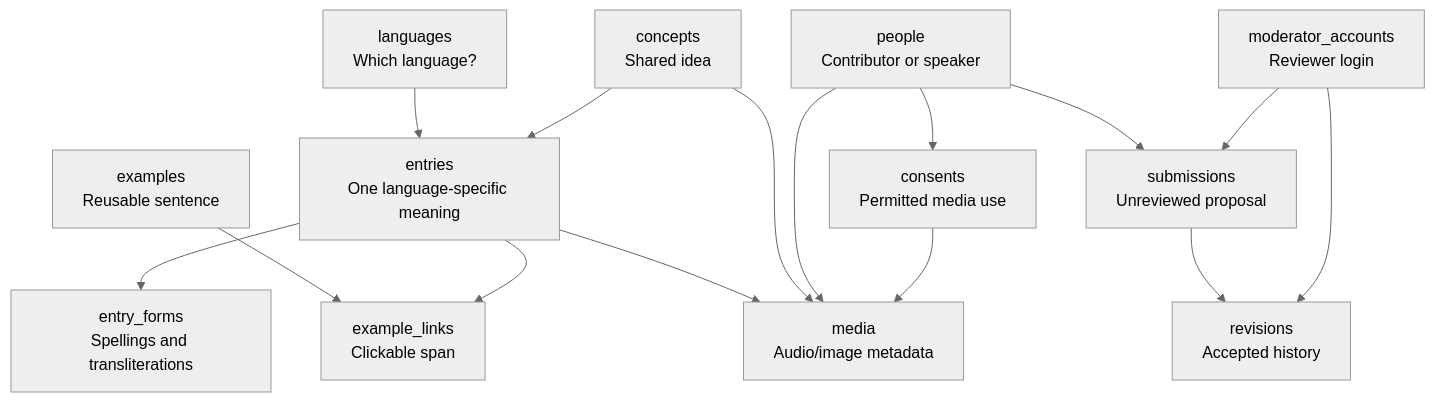
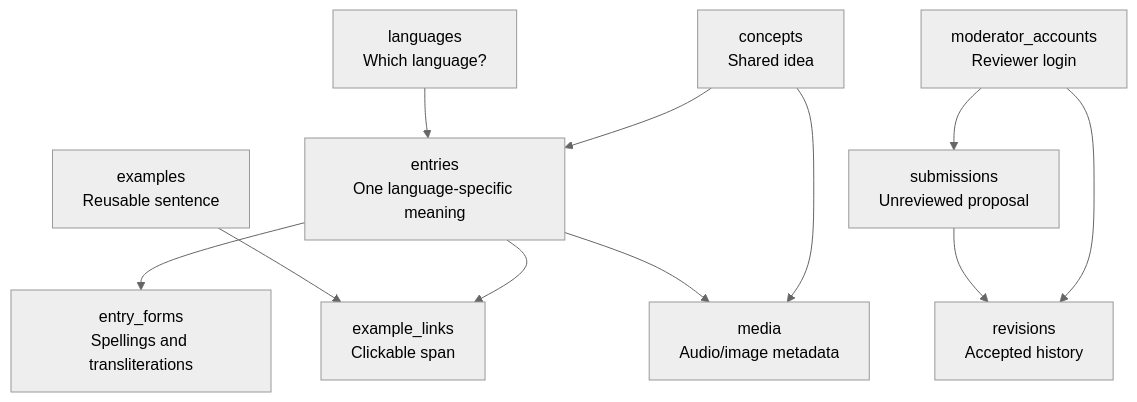
One commit to aayushmau5/project_skad changed the diagram in docs/data-model.md. Above: the diagram before and after it, drawn with Mermaid (neutral theme). The commit also changed other lines of this file and 6 other files, not shown here.

```diff
--- a/docs/data-model.md
+++ b/docs/data-model.md
@@ -68,30 +65,24 @@
 ~~~mermaid
 flowchart TB
   LANG["languages<br/>Which language?"]
   CON["concepts<br/>Shared idea"]
   ENT["entries<br/>One language-specific meaning"]
   FORM["entry_forms<br/>Spellings and transliterations"]
   EX["examples<br/>Reusable sentence"]
   LINK["example_links<br/>Clickable span"]
   MED["media<br/>Audio/image metadata"]
-  PPL["people<br/>Contributor or speaker"]
-  CNS["consents<br/>Permitted media use"]
   SUB["submissions<br/>Unreviewed proposal"]
   ACC["moderator_accounts<br/>Reviewer login"]
   REV["revisions<br/>Accepted history"]
 
   LANG --> ENT
   CON --> ENT
   ENT --> FORM
   EX --> LINK
   ENT --> LINK
   ENT --> MED
   CON --> MED
-  PPL --> MED
-  PPL --> CNS
-  CNS --> MED
-  PPL --> SUB
   ACC --> SUB
   SUB --> REV
   ACC --> REV
 ~~~
```
